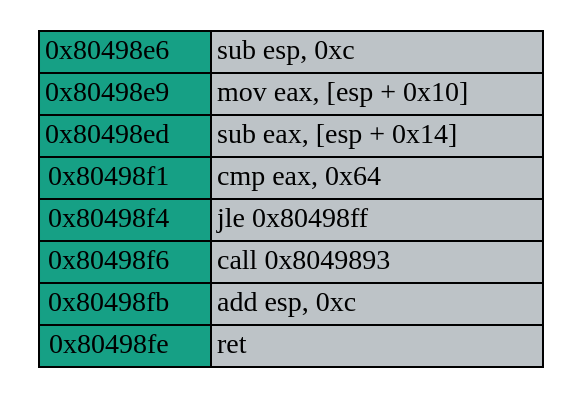
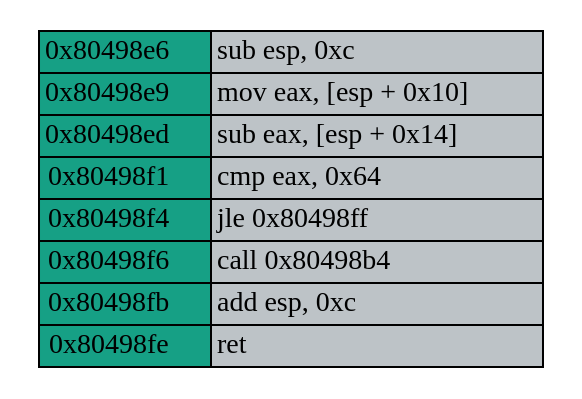
One commit to Nicolnegg/researh changed the diagram in VM/tools-paper/Examples/example-sub-a-b-gt-100/function_cfg.dot. Above: the diagram before and after it, drawn with Graphviz. The commit also changed 30 other files, not shown here.

```diff
--- a/VM/tools-paper/Examples/example-sub-a-b-gt-100/function_cfg.dot
+++ b/VM/tools-paper/Examples/example-sub-a-b-gt-100/function_cfg.dot
@@ -1,17 +1,17 @@
 digraph G {
   node [shape=plaintext, ];
   937280693 [label=<<table border="0" cellspacing="0">
 <tr><td border="1" bgcolor="#16a085">0x80498e6</td><td border="1" bgcolor="#bdc3c7" align="left">sub esp, 0xc</td></tr>
 <tr><td border="1" bgcolor="#16a085">0x80498e9</td><td border="1" bgcolor="#bdc3c7" align="left">mov eax, [esp + 0x10]</td></tr>
 <tr><td border="1" bgcolor="#16a085">0x80498ed</td><td border="1" bgcolor="#bdc3c7" align="left">sub eax, [esp + 0x14]</td></tr>
 <tr><td border="1" bgcolor="#16a085">0x80498f1</td><td border="1" bgcolor="#bdc3c7" align="left">cmp eax, 0x64</td></tr>
 <tr><td border="1" bgcolor="#16a085">0x80498f4</td><td border="1" bgcolor="#bdc3c7" align="left">jle 0x80498ff</td></tr>
-<tr><td border="1" bgcolor="#16a085">0x80498f6</td><td border="1" bgcolor="#bdc3c7" align="left">call 0x8049893</td></tr>
+<tr><td border="1" bgcolor="#16a085">0x80498f6</td><td border="1" bgcolor="#bdc3c7" align="left">call 0x80498b4</td></tr>
 <tr><td border="1" bgcolor="#16a085">0x80498fb</td><td border="1" bgcolor="#bdc3c7" align="left">add esp, 0xc</td></tr>
 <tr><td border="1" bgcolor="#16a085">0x80498fe</td><td border="1" bgcolor="#bdc3c7" align="left">ret</td></tr>
 </table>>,
              ];
   
   
   
   }
```
